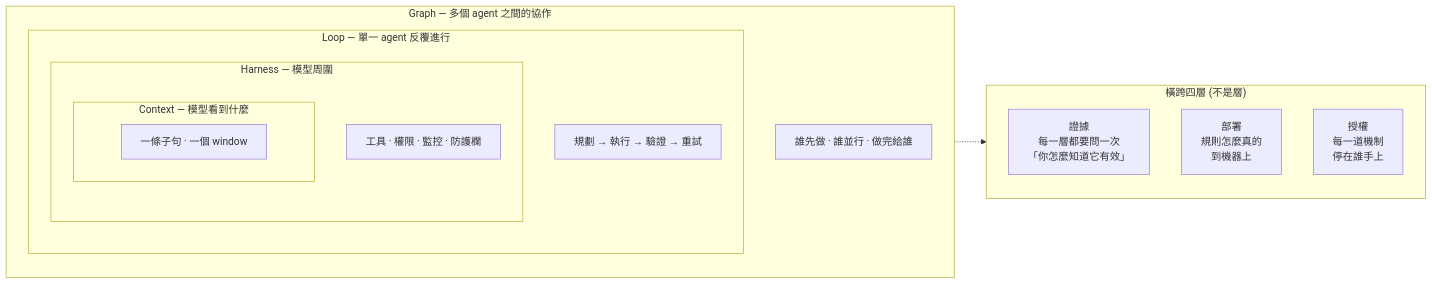
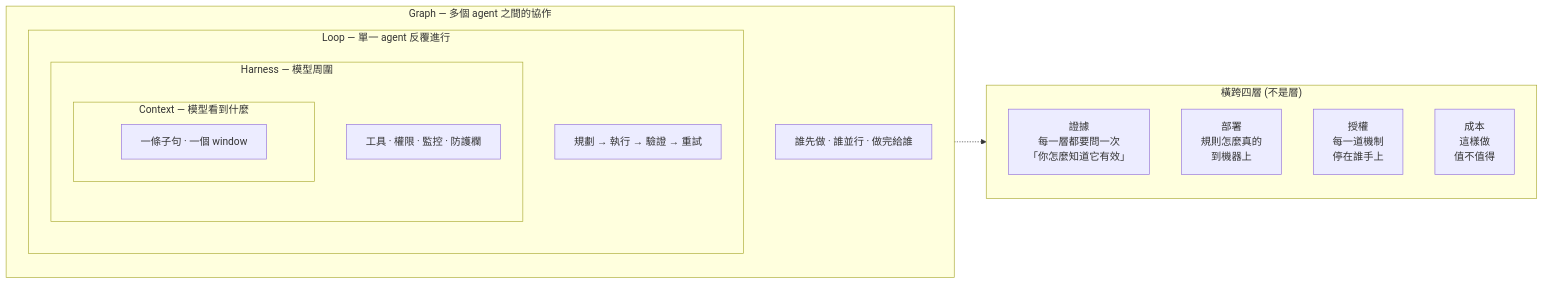
One commit to Yuhuan183/agent-harness changed the second of 2 diagrams in docs/architecture/architecture.md. Above: the diagram before and after it, drawn with Mermaid. The commit also changed other lines of this file and 3 other files, not shown here.

````diff
--- a/docs/architecture/architecture.md
+++ b/docs/architecture/architecture.md
@@ -92,25 +92,26 @@
 ```mermaid
 flowchart LR
     subgraph G["Graph — 多個 agent 之間的協作"]
         direction TB
         gg["誰先做 · 誰並行 · 做完給誰"]
         subgraph L["Loop — 單一 agent 反覆進行"]
             direction TB
             ll["規劃 → 執行 → 驗證 → 重試"]
             subgraph H["Harness — 模型周圍"]
                 direction TB
                 hh["工具 · 權限 · 監控 · 防護欄"]
                 subgraph C["Context — 模型看到什麼"]
                     cc["一條子句 · 一個 window"]
                 end
             end
         end
     end
     subgraph X["橫跨四層 (不是層)"]
         direction TB
         ev["證據<br/>每一層都要問一次<br/>「你怎麼知道它有效」"]
         dp["部署<br/>規則怎麼真的<br/>到機器上"]
         au["授權<br/>每一道機制<br/>停在誰手上"]
+        ct["成本<br/>這樣做<br/>值不值得"]
     end
     G -.-> X
 ```
````
